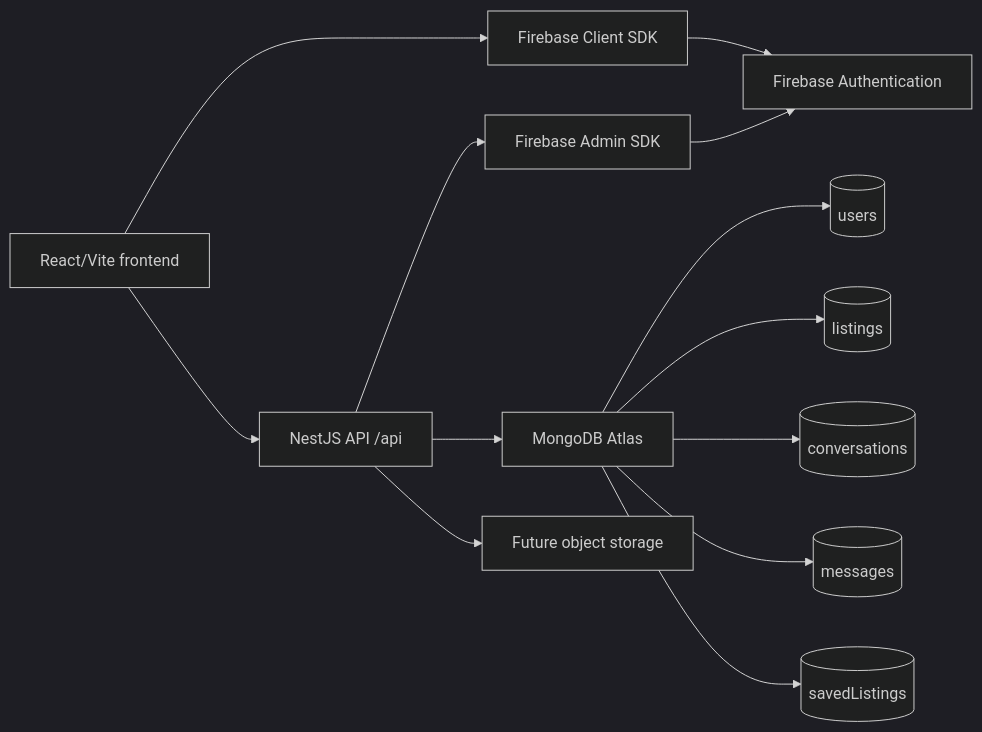
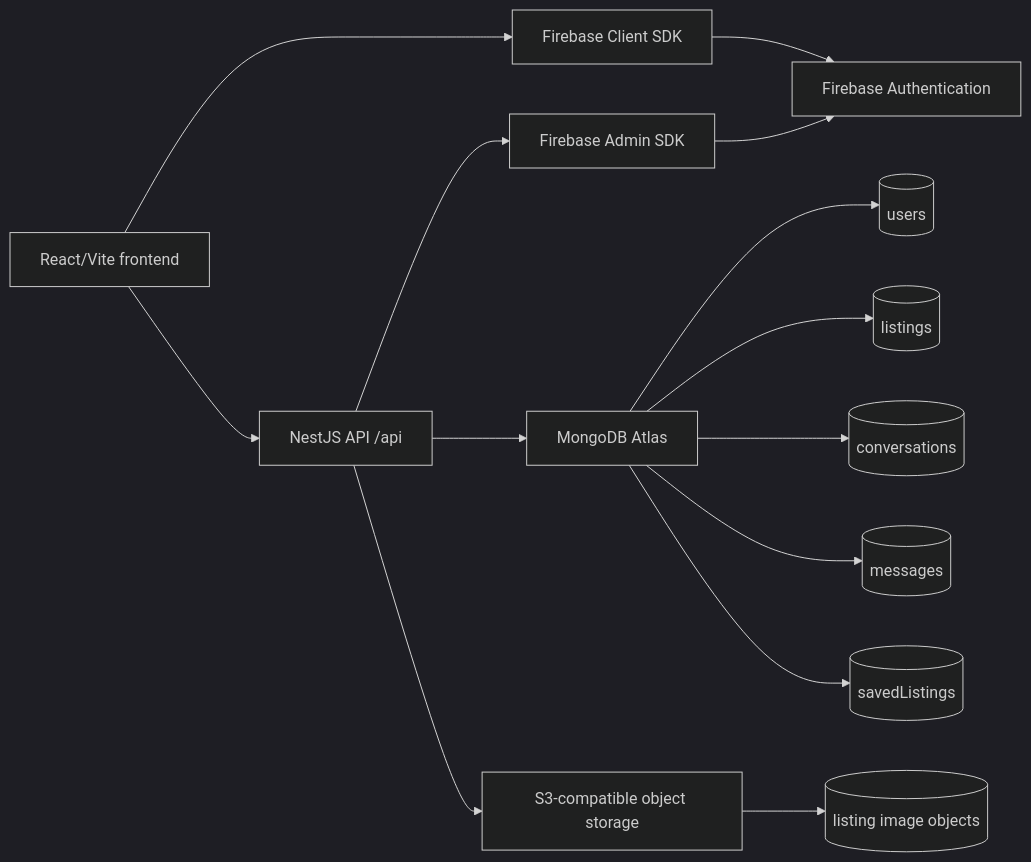
One commit to Himansha2001/rently changed the diagram in docs/diagrams/system-architecture.md. Above: the diagram before and after it, drawn with Mermaid (dark theme). The commit also changed 65 other files, not shown here.

````diff
--- a/docs/diagrams/system-architecture.md
+++ b/docs/diagrams/system-architecture.md
@@ -3,15 +3,16 @@
 ```mermaid
 flowchart LR
   Browser["React/Vite frontend"] --> FirebaseClient["Firebase Client SDK"]
   FirebaseClient --> FirebaseAuth["Firebase Authentication"]
   Browser --> API["NestJS API /api"]
   API --> FirebaseAdmin["Firebase Admin SDK"]
   FirebaseAdmin --> FirebaseAuth
   API --> Mongo["MongoDB Atlas"]
+  API --> Storage["S3-compatible object storage"]
   Mongo --> Users[(users)]
   Mongo --> Listings[(listings)]
   Mongo --> Conversations[(conversations)]
   Mongo --> Messages[(messages)]
   Mongo --> Saved[(savedListings)]
-  API --> FutureStorage["Future object storage"]
+  Storage --> Images[(listing image objects)]
 ```
````
